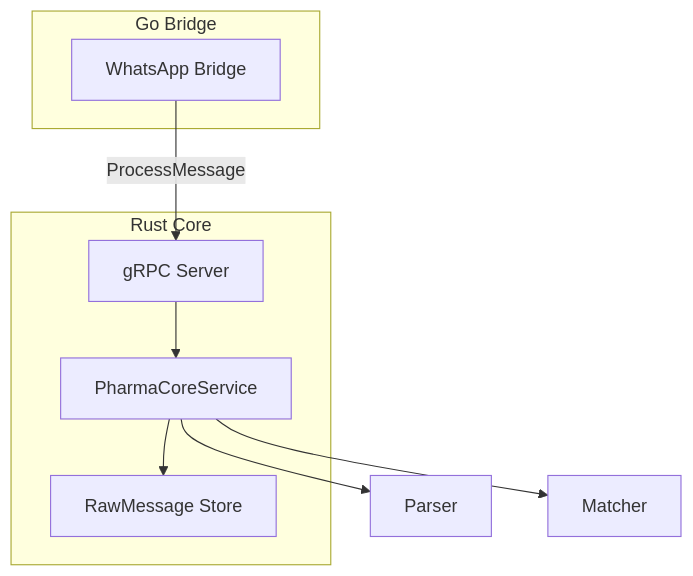
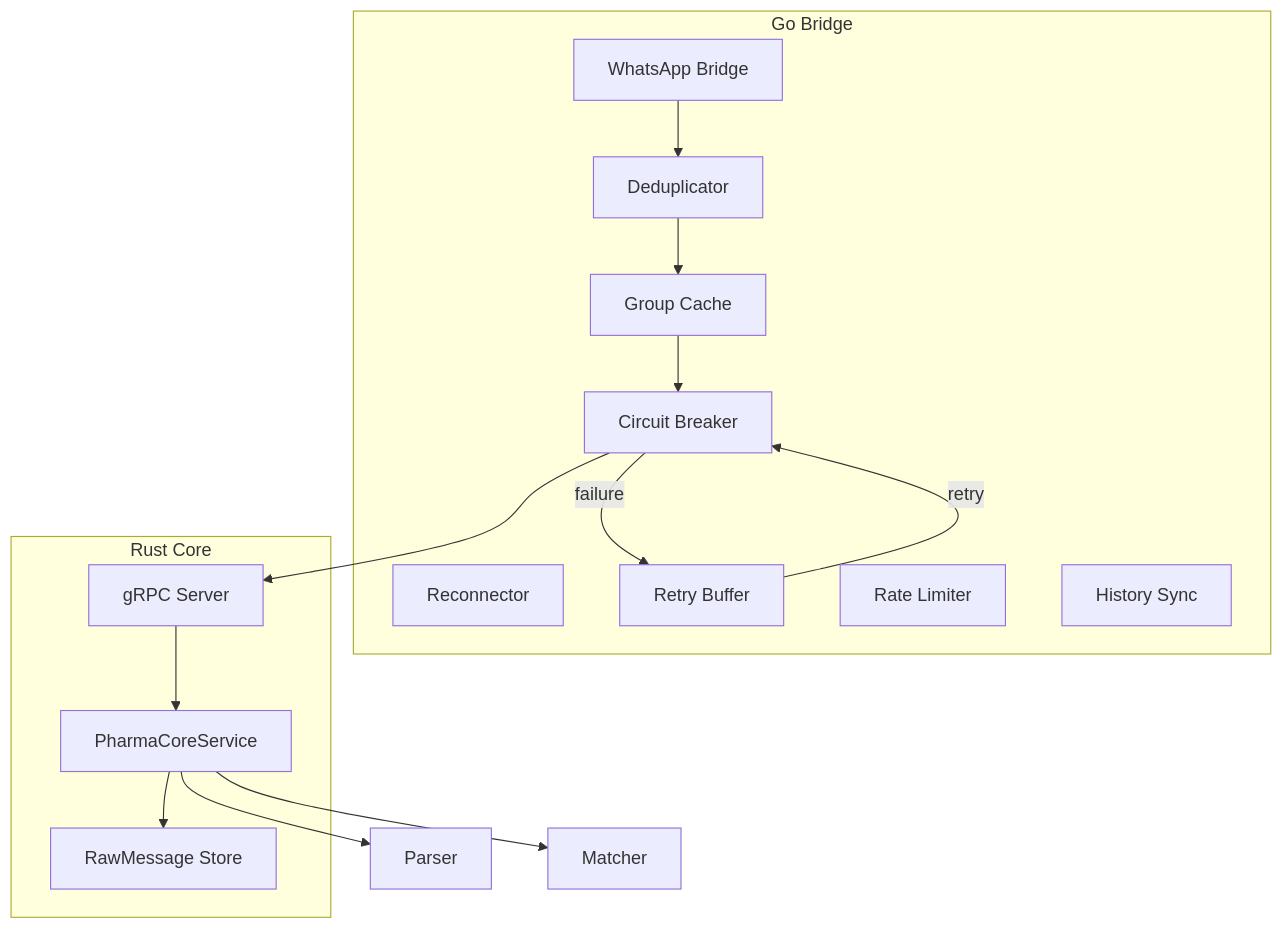
The first of 2 diagrams in docs/phases/04-resilience.md (sabryio/pharma-broker), drawn with Mermaid before and after one commit. The commit also changed other lines of this file and 15 other files, not shown here.

````diff
--- a/docs/phases/04-resilience.md
+++ b/docs/phases/04-resilience.md
@@ -9,18 +9,30 @@
 ```mermaid
 graph TB
     subgraph "Go Bridge"
         WB[WhatsApp Bridge]
+        DEDUP[Deduplicator]
+        RECON[Reconnector]
+        CB[Circuit Breaker]
+        RETRY[Retry Buffer]
+        RATE[Rate Limiter]
+        HIST[History Sync]
+        CACHE[Group Cache]
     end
 
     subgraph "Rust Core"
         GRPC[gRPC Server]
         SVC[PharmaCoreService]
         RAW[RawMessage Store]
     end
 
-    WB -->|ProcessMessage| GRPC
+    WB --> DEDUP
+    DEDUP --> CACHE
+    CACHE --> CB
+    CB --> GRPC
+    CB -->|failure| RETRY
+    RETRY -->|retry| CB
     GRPC --> SVC
     SVC --> RAW
     SVC --> PARSE[Parser]
     SVC --> MATCH[Matcher]
 ```
````
